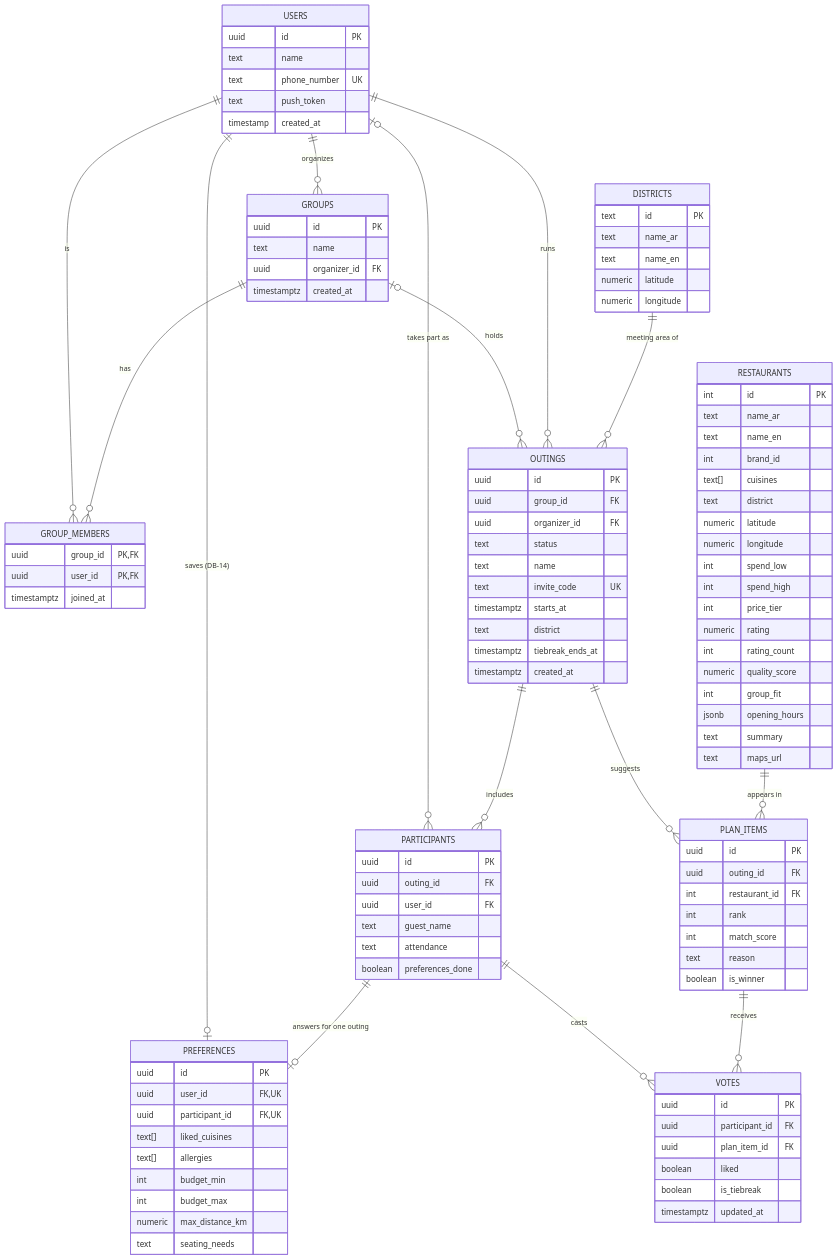
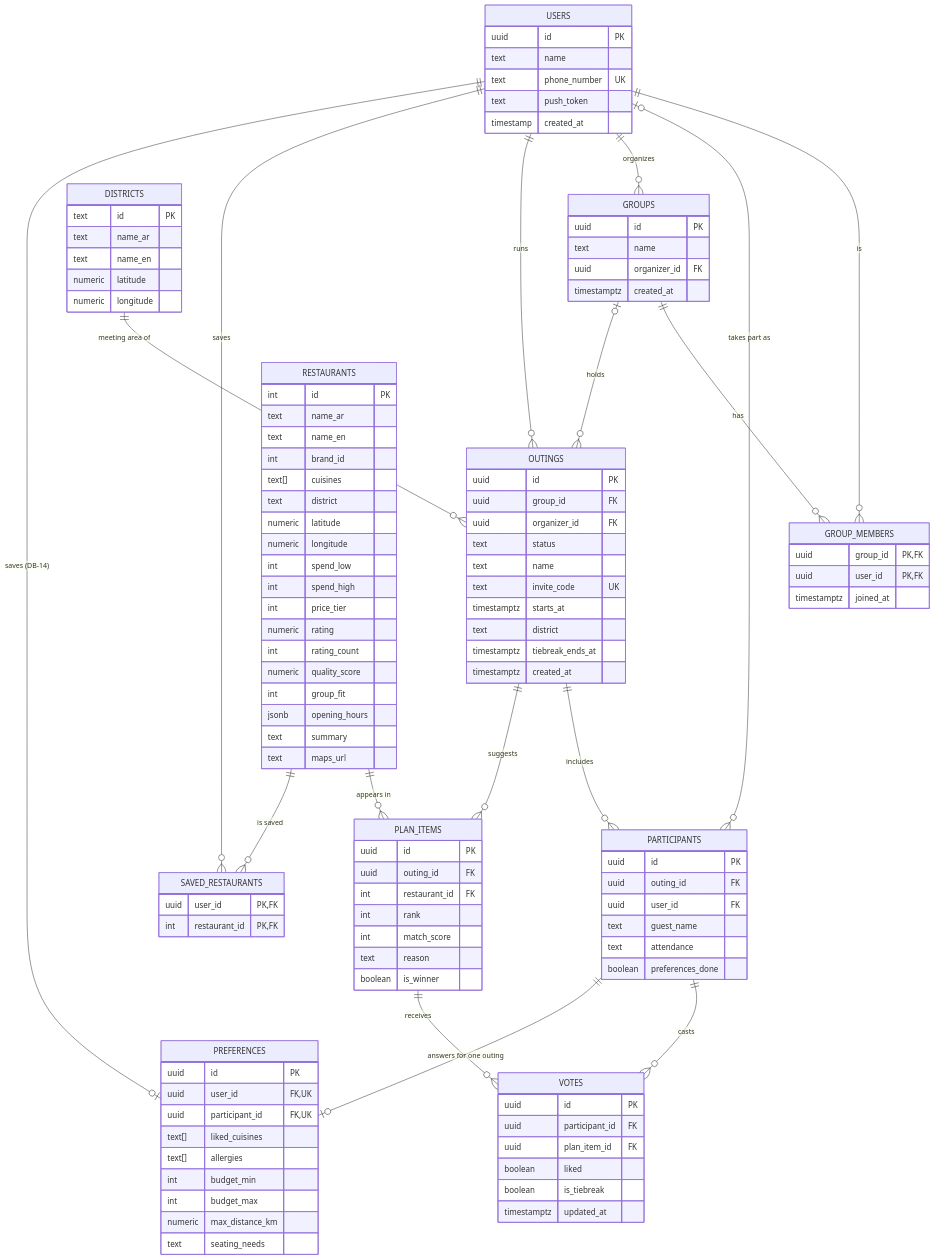
One commit to shathaaa1110-arch/Portfolio-Project changed the second of 11 diagrams in Docs/TechnicalDoc.md. Above: the diagram before and after it, drawn with Mermaid. The commit also changed other lines of this file and 6 other files, not shown here.

First line of the commit message:
feat: add saved_restaurants migration and schema (DB-15)

```diff
--- a/Docs/TechnicalDoc.md
+++ b/Docs/TechnicalDoc.md
@@ -344,6 +344,8 @@
     OUTINGS ||--o{ PARTICIPANTS : "includes"
     OUTINGS ||--o{ PLAN_ITEMS : "suggests"
     RESTAURANTS ||--o{ PLAN_ITEMS : "appears in"
+    USERS ||--o{ SAVED_RESTAURANTS : "saves"
+    RESTAURANTS ||--o{ SAVED_RESTAURANTS : "is saved"
     PARTICIPANTS ||--o{ VOTES : "casts"
     PLAN_ITEMS ||--o{ VOTES : "receives"
     USERS ||--o| PREFERENCES : "saves (DB-14)"
@@ -399,6 +401,10 @@
         numeric max_distance_km
         text seating_needs
     }
+    SAVED_RESTAURANTS {
+        uuid user_id PK, FK
+        int restaurant_id PK, FK
+    }
     RESTAURANTS {
         int id PK
         text name_ar
```
